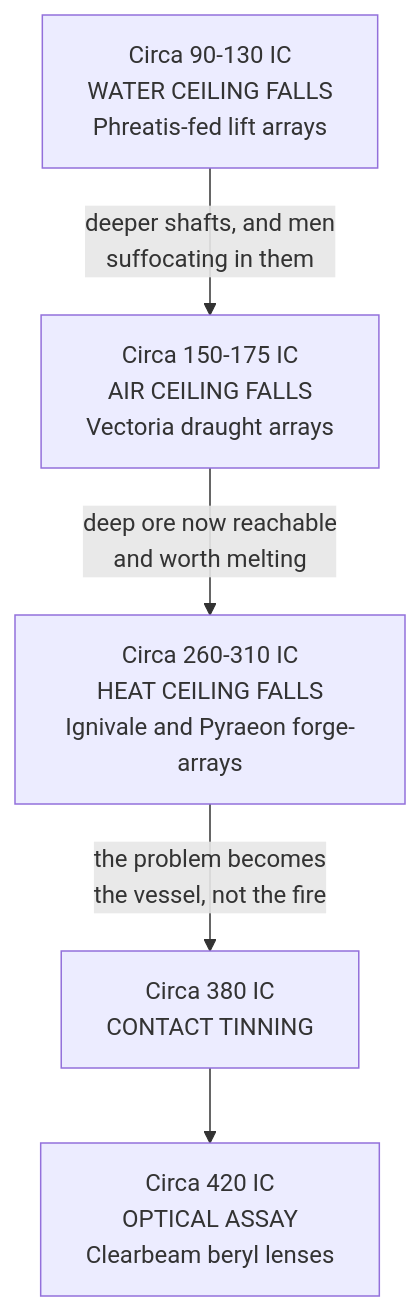
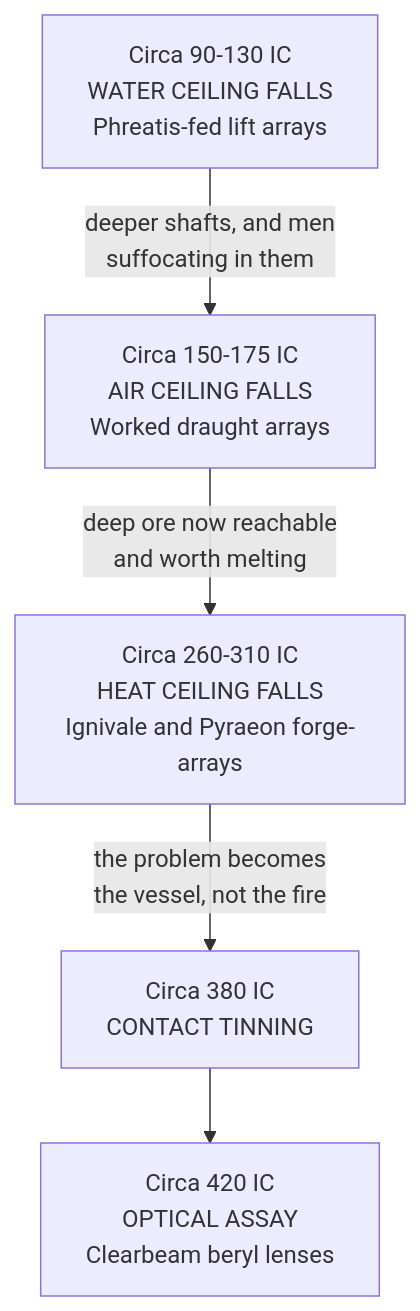
One commit to vispotvision/wotr-rule-index changed the diagram in wiki/Cosmology & Metaphysics/Ages and Reckoning/The Four Ceilings.md. Above: the diagram before and after it, drawn with Mermaid. The commit also changed other lines of this file and 157 other files, not shown here.

````diff
--- a/wiki/Cosmology & Metaphysics/Ages and Reckoning/The Four Ceilings.md
+++ b/wiki/Cosmology & Metaphysics/Ages and Reckoning/The Four Ceilings.md
@@ -216,8 +216,8 @@
 ```mermaid
 flowchart TD
     W["Circa 90-130 IC<br>WATER CEILING FALLS<br>Phreatis-fed lift arrays"]
-    W -->|"deeper shafts, and men<br>suffocating in them"| A["Circa 150-175 IC<br>AIR CEILING FALLS<br>Vectoria draught arrays"]
+    W -->|"deeper shafts, and men<br>suffocating in them"| A["Circa 150-175 IC<br>AIR CEILING FALLS<br>Worked draught arrays"]
     A -->|"deep ore now reachable<br>and worth melting"| H["Circa 260-310 IC<br>HEAT CEILING FALLS<br>Ignivale and Pyraeon forge-arrays"]
     H -->|"the problem becomes<br>the vessel, not the fire"| T["Circa 380 IC<br>CONTACT TINNING"]
     T --> O["Circa 420 IC<br>OPTICAL ASSAY<br>Clearbeam beryl lenses"]
 ```
````
